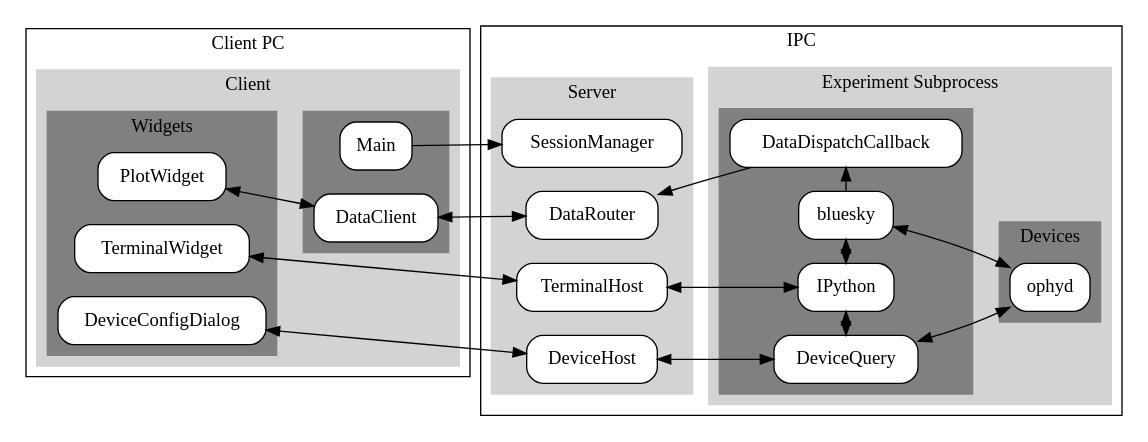
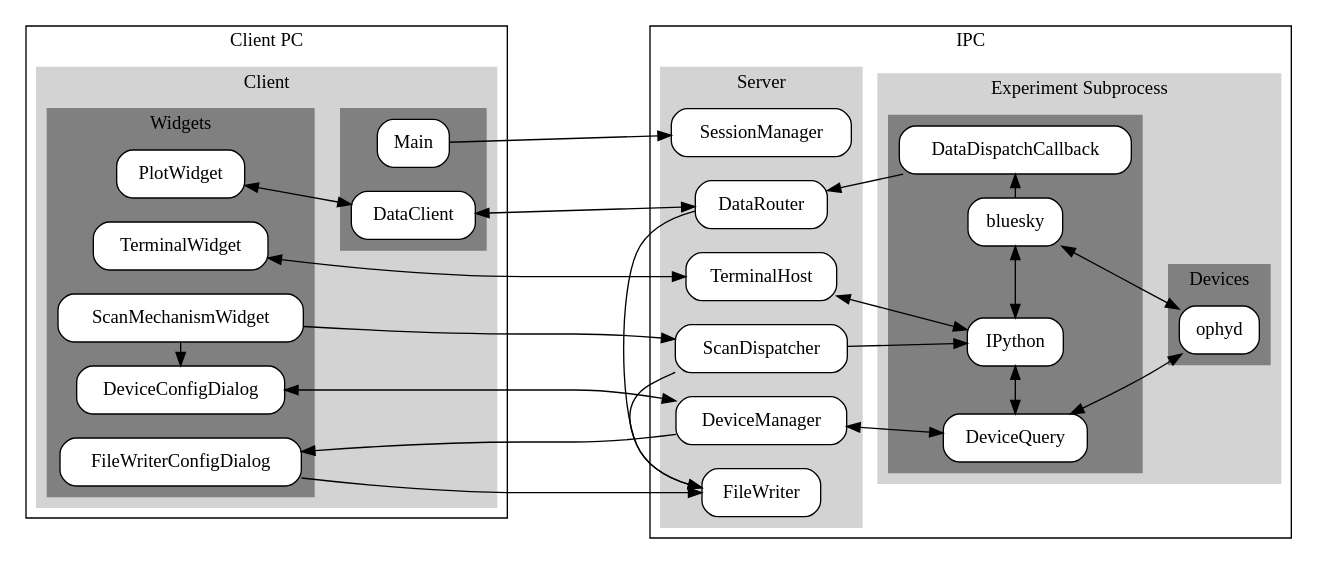
Before and after one commit to CasperVector/mamba-ose: the diagram in docs/object_connection.gv, drawn with Graphviz. The commit also changed 8 other files, not shown here.

```diff
--- a/docs/object_connection.gv
+++ b/docs/object_connection.gv
@@ -1,91 +1,106 @@
 digraph G {
     center=1;
     rankdir=LR;
     rank=same;
     node [style="rounded,filled",color=black,shape=box,fillcolor=white];
+    splines=true;
+    sep="+25,25";
 
-    subgraph cluster00 {
+    subgraph cluster_client_pc {
 		label = "Client PC";
 
-        subgraph cluster11 {
+        subgraph cluster_client {
             style=filled;
             color=lightgrey;
             label="Client"
 
-            subgraph cluster22 {
+            subgraph cluster_widgets {
                 style=filled;
                 color=grey;
                 label = "Widgets";
 
                 TerminalWidget;
                 PlotWidget;
+                ScanMechanismWidget;
                 DeviceConfigDialog;
+                FileWriterConfigDialog;
+
+                ScanMechanismWidget -> DeviceConfigDialog [constraint=False];
             }
 
-            subgraph cluster23 {
+            subgraph cluster_main {
                 color=grey;
                 label="";
 
                 Main;
                 DataClient;
             }
         }
     }
 
-    subgraph cluster01 {
+    subgraph cluster_IPC {
         label = "IPC";
 
-        subgraph cluster20 {
+        subgraph cluster_server {
             style=filled;
             color=lightgrey;
             label = "Server";
 
             SessionManager;
             TerminalHost;
             DataRouter;
-            DeviceHost;
+            DeviceManager;
+            ScanDispatcher;
+            FileWriter;
+
+            ScanDispatcher -> FileWriter [constraint=false];
+            DataRouter -> FileWriter [constraint=false];
         }
 
-        subgraph cluster21{
+        subgraph cluster_subproc {
             style=filled;
             color=lightgrey;
             label = "Experiment Subprocess";
 
-            subgraph cluster31{
+            subgraph cluster_ipython {
                 style=filled;
                 color=grey;
                 label = "";
 
                 IPython;
                 bluesky;
                 DataDispatchCallback;
                 DeviceQuery;
 
-                IPython -> DeviceQuery [dir=both, constraint=false];
-                bluesky -> IPython [dir=both, constraint=false];
+                IPython -> DeviceQuery [dir=both, constraint=false, minlen=2];
+                bluesky -> IPython [dir=both, constraint=false, minlen=3];
                 bluesky -> DataDispatchCallback [constraint=false];
             }
 
-            subgraph cluster32{
+            subgraph cluster_devices{
                 style=filled;
                 color=grey;
                 label = "Devices";
 
                 ophyd;
-            }
+           }
 
             bluesky -> ophyd [dir=both];
             DeviceQuery -> ophyd [dir=both];
         }
     }
 
-	Main -> SessionManager;
+	Main -> SessionManager [minlen=4];
 	PlotWidget -> DataClient [dir=both];
 	TerminalWidget -> TerminalHost [dir=both];
 	TerminalHost -> IPython [dir=both];
-	DeviceConfigDialog -> DeviceHost [dir=both];
+	ScanDispatcher -> IPython;
+	DeviceManager -> DeviceQuery [dir=both];
 
-	DataClient -> DataRouter [dir=both];
 	DataDispatchCallback -> DataRouter;
-	DeviceHost -> DeviceQuery [dir=both];
+	DeviceConfigDialog -> DeviceManager [dir=both];
+	ScanMechanismWidget -> ScanDispatcher;
+	FileWriterConfigDialog -> FileWriter;
+	DeviceManager -> FileWriterConfigDialog;
+	DataClient -> DataRouter [dir=both, minlen=4];
 }
```
